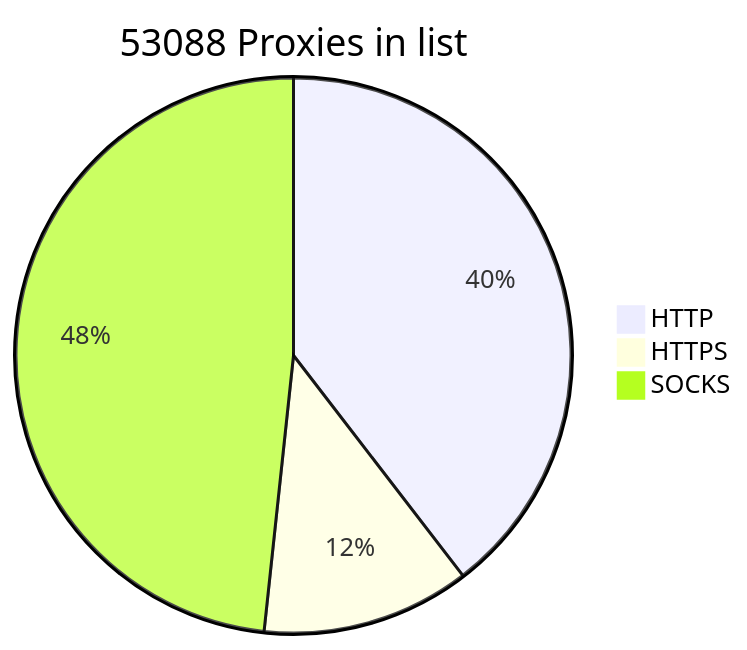
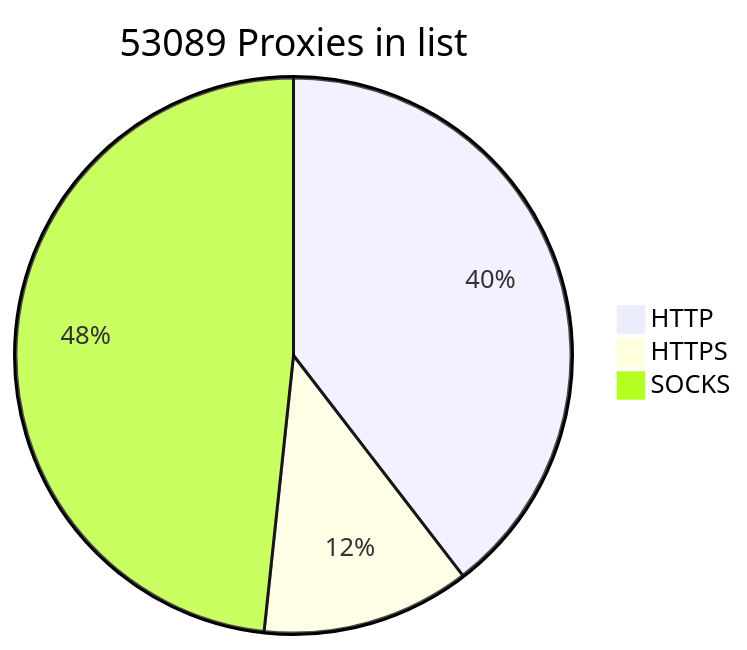
The diagram in README.md (BlackSnowDot/proxylist-update-every-minute), drawn with Mermaid before and after one commit.

````diff
--- a/README.md
+++ b/README.md
@@ -2,6 +2,6 @@
 ```mermaid
-pie title 53088 Proxies in list
+pie title 53089 Proxies in list
     "HTTP" : 23450
     "HTTPS": 7190
-    "SOCKS" : 28634
+    "SOCKS" : 28635
 ```
````
